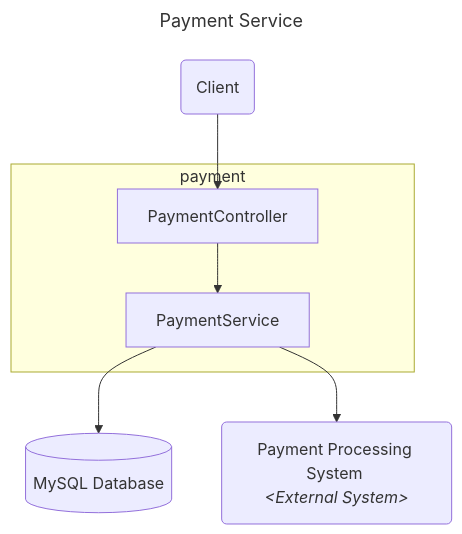
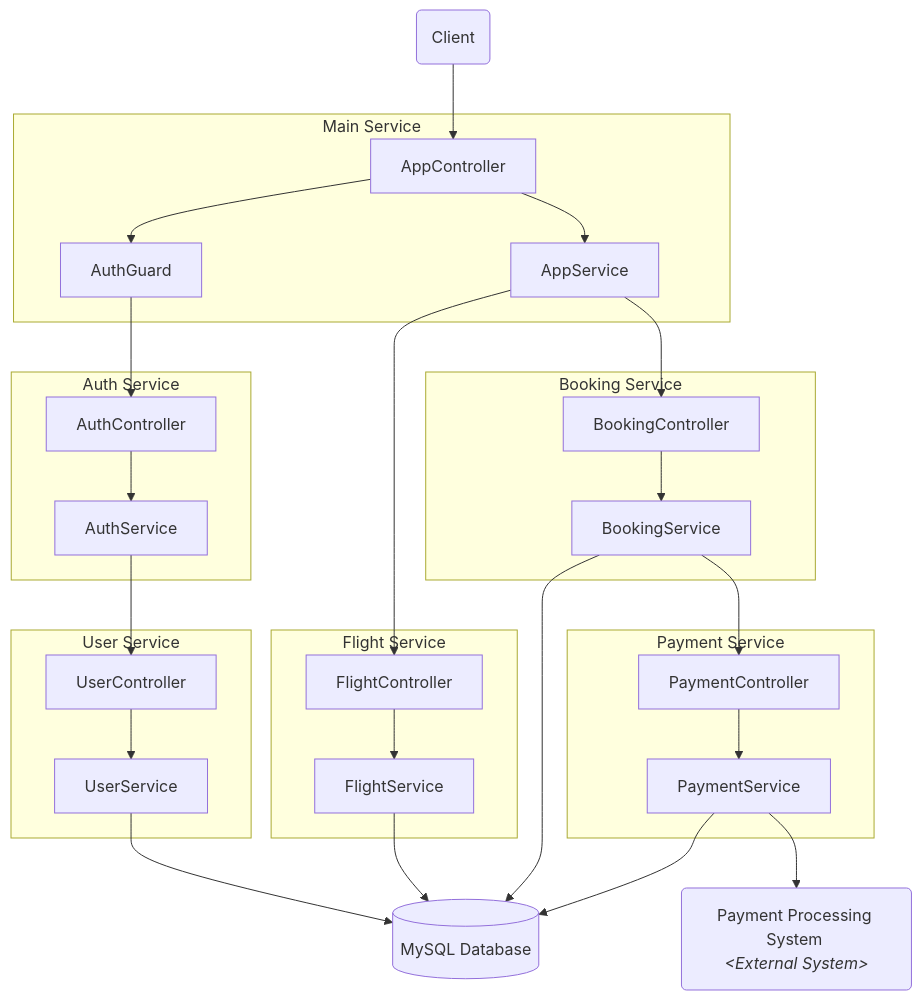
One commit to ioanarotaru29/SOA-Project changed the fourth of 5 diagrams in README.md. Above: the diagram before and after it, drawn with Mermaid. The commit also changed other lines of this file, not shown here.

````diff
--- a/README.md
+++ b/README.md
@@ -135,13 +65,43 @@
 ```mermaid
----
-title: Payment Service
----
 graph TD
-    Client(Client)-->PaymentController
+    Client(Client)-->AppController
+    AppService
+    AuthGuard
+    subgraph main[Main Service]
+      AppController --> AppService
+      AppController --> AuthGuard
+    end
+    AppService-->FlightController
+    AppService-->BookingController
+    AuthGuard-->AuthController
+    AuthService
+    subgraph auth[Auth Service]
+      AuthController --> AuthService
+    end
+    AuthService-->UserController
+    UserService
+    subgraph user[User Service]
+      UserController --> UserService
+    end
+    UserService-->database[(MySQL Database)]
+
+    FlightService
+    subgraph flight[Flight Service]
+      FlightController --> FlightService
+    end
+    FlightService-->database[(MySQL Database)]
+    
+    BookingService
+    subgraph booking[Booking Service]
+      BookingController --> BookingService
+    end
+    BookingService-->database[(MySQL Database)]
+    BookingService-->PaymentController
+    
     PaymentService
-    subgraph payment
+    subgraph payment[Payment Service]
       PaymentController --> PaymentService
     end
     PaymentService-->database[(MySQL Database)]
     PaymentService-->paymentSys("Payment Processing System \n<i>#lt;External System#gt;</i>")
 ```
````
